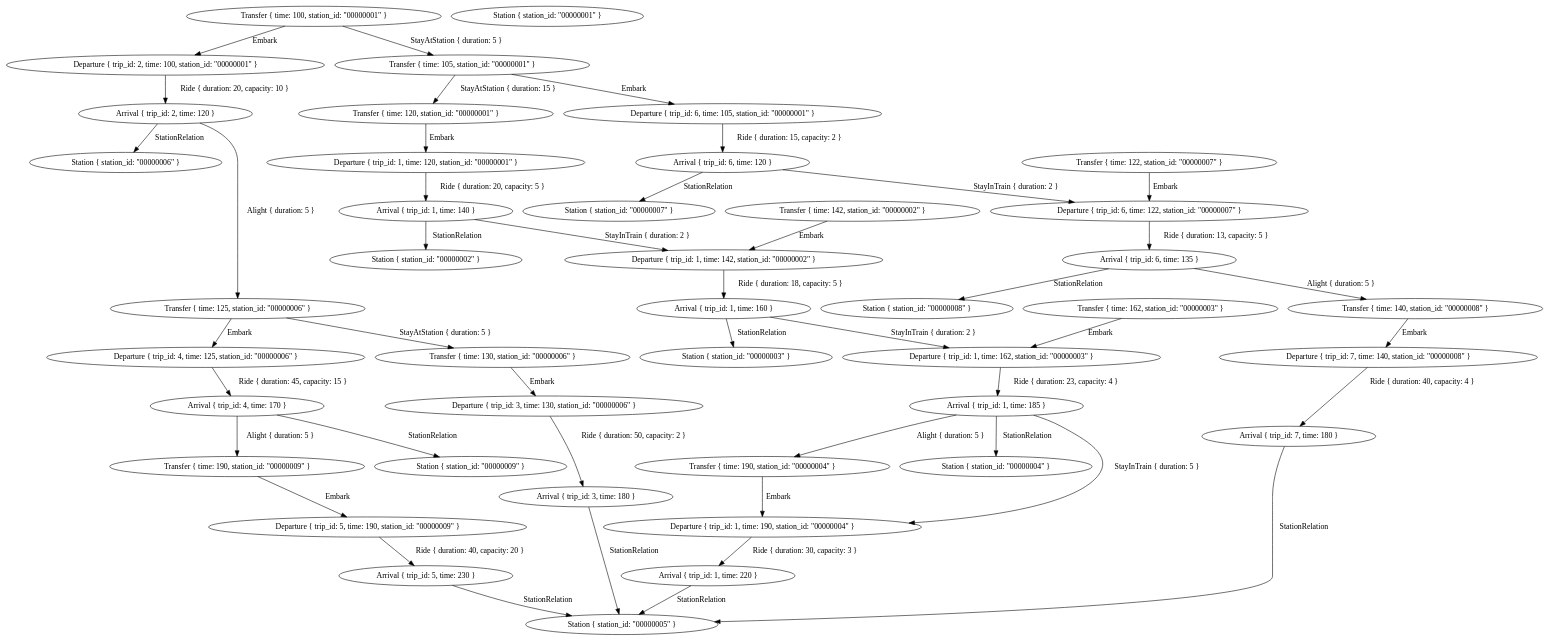
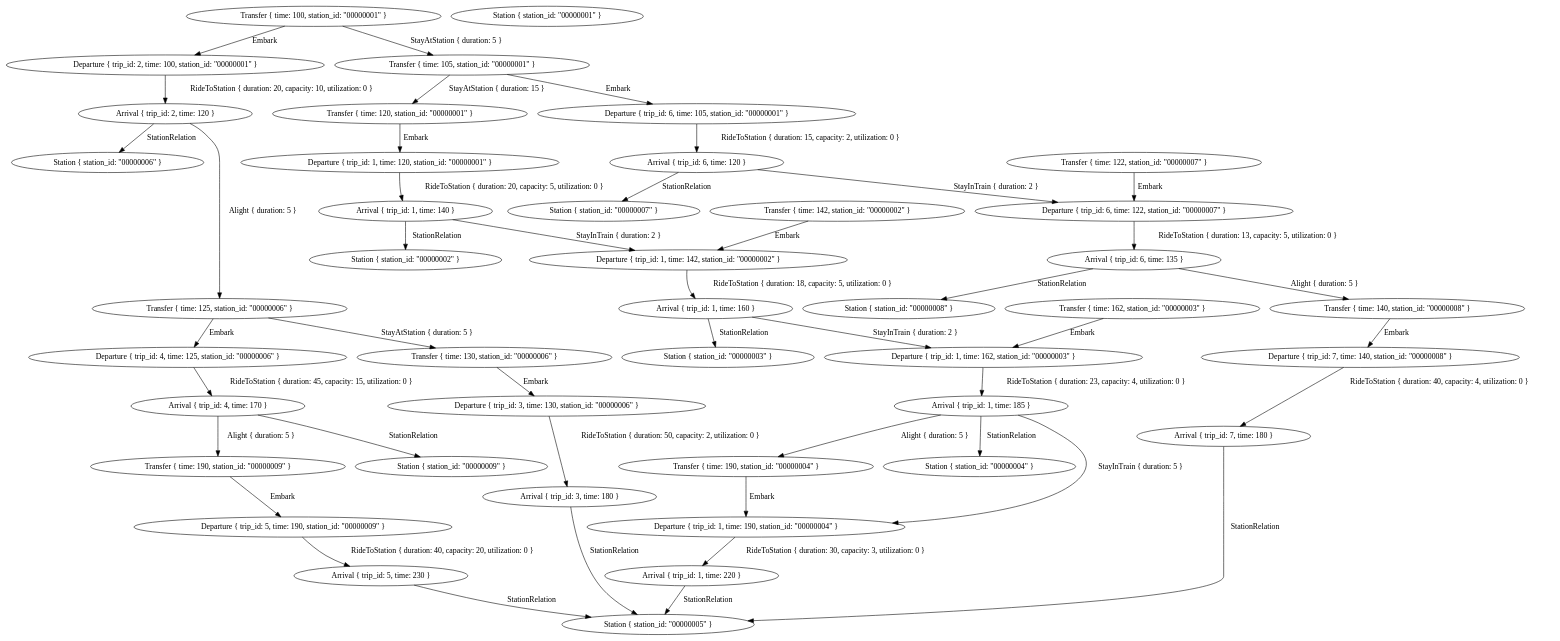
The diagram in graphs/graph.dot (eliaswendt/mcfp-optimizer), drawn with Graphviz before and after one commit. The commit also changed 12 other files, not shown here.

```diff
--- a/graphs/graph.dot
+++ b/graphs/graph.dot
@@ -1,88 +1,88 @@
 digraph {
-    0 [ label = "Arrival { trip_id: 4, time: 170 }" ]
-    1 [ label = "Departure { trip_id: 4, time: 125, station_id: \"00000006\" }" ]
-    2 [ label = "Arrival { trip_id: 1, time: 185 }" ]
-    3 [ label = "Departure { trip_id: 1, time: 162, station_id: \"00000003\" }" ]
-    4 [ label = "Arrival { trip_id: 3, time: 180 }" ]
-    5 [ label = "Departure { trip_id: 3, time: 130, station_id: \"00000006\" }" ]
+    0 [ label = "Arrival { trip_id: 3, time: 180 }" ]
+    1 [ label = "Departure { trip_id: 3, time: 130, station_id: \"00000006\" }" ]
+    2 [ label = "Arrival { trip_id: 5, time: 230 }" ]
+    3 [ label = "Departure { trip_id: 5, time: 190, station_id: \"00000009\" }" ]
+    4 [ label = "Arrival { trip_id: 4, time: 170 }" ]
+    5 [ label = "Departure { trip_id: 4, time: 125, station_id: \"00000006\" }" ]
     6 [ label = "Arrival { trip_id: 6, time: 135 }" ]
     7 [ label = "Departure { trip_id: 6, time: 122, station_id: \"00000007\" }" ]
-    8 [ label = "Arrival { trip_id: 1, time: 160 }" ]
-    9 [ label = "Departure { trip_id: 1, time: 142, station_id: \"00000002\" }" ]
-    10 [ label = "Arrival { trip_id: 1, time: 220 }" ]
-    11 [ label = "Departure { trip_id: 1, time: 190, station_id: \"00000004\" }" ]
-    12 [ label = "Arrival { trip_id: 7, time: 180 }" ]
-    13 [ label = "Departure { trip_id: 7, time: 140, station_id: \"00000008\" }" ]
-    14 [ label = "Arrival { trip_id: 5, time: 230 }" ]
-    15 [ label = "Departure { trip_id: 5, time: 190, station_id: \"00000009\" }" ]
+    8 [ label = "Arrival { trip_id: 7, time: 180 }" ]
+    9 [ label = "Departure { trip_id: 7, time: 140, station_id: \"00000008\" }" ]
+    10 [ label = "Arrival { trip_id: 6, time: 120 }" ]
+    11 [ label = "Departure { trip_id: 6, time: 105, station_id: \"00000001\" }" ]
+    12 [ label = "Arrival { trip_id: 1, time: 160 }" ]
+    13 [ label = "Departure { trip_id: 1, time: 142, station_id: \"00000002\" }" ]
+    14 [ label = "Arrival { trip_id: 1, time: 220 }" ]
+    15 [ label = "Departure { trip_id: 1, time: 190, station_id: \"00000004\" }" ]
     16 [ label = "Arrival { trip_id: 1, time: 140 }" ]
     17 [ label = "Departure { trip_id: 1, time: 120, station_id: \"00000001\" }" ]
     18 [ label = "Arrival { trip_id: 2, time: 120 }" ]
     19 [ label = "Departure { trip_id: 2, time: 100, station_id: \"00000001\" }" ]
-    20 [ label = "Arrival { trip_id: 6, time: 120 }" ]
-    21 [ label = "Departure { trip_id: 6, time: 105, station_id: \"00000001\" }" ]
-    22 [ label = "Station { station_id: \"00000007\" }" ]
-    23 [ label = "Transfer { time: 122, station_id: \"00000007\" }" ]
-    24 [ label = "Station { station_id: \"00000006\" }" ]
-    25 [ label = "Transfer { time: 125, station_id: \"00000006\" }" ]
-    26 [ label = "Transfer { time: 130, station_id: \"00000006\" }" ]
-    27 [ label = "Station { station_id: \"00000005\" }" ]
+    20 [ label = "Arrival { trip_id: 1, time: 185 }" ]
+    21 [ label = "Departure { trip_id: 1, time: 162, station_id: \"00000003\" }" ]
+    22 [ label = "Station { station_id: \"00000006\" }" ]
+    23 [ label = "Transfer { time: 125, station_id: \"00000006\" }" ]
+    24 [ label = "Transfer { time: 130, station_id: \"00000006\" }" ]
+    25 [ label = "Station { station_id: \"00000005\" }" ]
+    26 [ label = "Station { station_id: \"00000002\" }" ]
+    27 [ label = "Transfer { time: 142, station_id: \"00000002\" }" ]
     28 [ label = "Station { station_id: \"00000004\" }" ]
     29 [ label = "Transfer { time: 190, station_id: \"00000004\" }" ]
-    30 [ label = "Station { station_id: \"00000008\" }" ]
-    31 [ label = "Transfer { time: 140, station_id: \"00000008\" }" ]
-    32 [ label = "Station { station_id: \"00000002\" }" ]
-    33 [ label = "Transfer { time: 142, station_id: \"00000002\" }" ]
+    30 [ label = "Station { station_id: \"00000009\" }" ]
+    31 [ label = "Transfer { time: 190, station_id: \"00000009\" }" ]
+    32 [ label = "Station { station_id: \"00000008\" }" ]
+    33 [ label = "Transfer { time: 140, station_id: \"00000008\" }" ]
     34 [ label = "Station { station_id: \"00000001\" }" ]
     35 [ label = "Transfer { time: 100, station_id: \"00000001\" }" ]
-    36 [ label = "Transfer { time: 120, station_id: \"00000001\" }" ]
-    37 [ label = "Transfer { time: 105, station_id: \"00000001\" }" ]
+    36 [ label = "Transfer { time: 105, station_id: \"00000001\" }" ]
+    37 [ label = "Transfer { time: 120, station_id: \"00000001\" }" ]
     38 [ label = "Station { station_id: \"00000003\" }" ]
     39 [ label = "Transfer { time: 162, station_id: \"00000003\" }" ]
-    40 [ label = "Station { station_id: \"00000009\" }" ]
-    41 [ label = "Transfer { time: 190, station_id: \"00000009\" }" ]
-    1 -> 0 [ label = "Ride { duration: 45, capacity: 15 }" ]
-    3 -> 2 [ label = "Ride { duration: 23, capacity: 4 }" ]
-    5 -> 4 [ label = "Ride { duration: 50, capacity: 2 }" ]
-    7 -> 6 [ label = "Ride { duration: 13, capacity: 5 }" ]
-    9 -> 8 [ label = "Ride { duration: 18, capacity: 5 }" ]
-    11 -> 10 [ label = "Ride { duration: 30, capacity: 3 }" ]
-    13 -> 12 [ label = "Ride { duration: 40, capacity: 4 }" ]
-    15 -> 14 [ label = "Ride { duration: 40, capacity: 20 }" ]
-    17 -> 16 [ label = "Ride { duration: 20, capacity: 5 }" ]
-    19 -> 18 [ label = "Ride { duration: 20, capacity: 10 }" ]
-    21 -> 20 [ label = "Ride { duration: 15, capacity: 2 }" ]
-    23 -> 7 [ label = "Embark" ]
-    20 -> 7 [ label = "StayInTrain { duration: 2 }" ]
-    20 -> 22 [ label = "StationRelation" ]
-    25 -> 1 [ label = "Embark" ]
-    26 -> 5 [ label = "Embark" ]
-    25 -> 26 [ label = "StayAtStation { duration: 5 }" ]
-    18 -> 24 [ label = "StationRelation" ]
-    18 -> 25 [ label = "Alight { duration: 5 }" ]
-    12 -> 27 [ label = "StationRelation" ]
-    10 -> 27 [ label = "StationRelation" ]
-    4 -> 27 [ label = "StationRelation" ]
-    14 -> 27 [ label = "StationRelation" ]
-    29 -> 11 [ label = "Embark" ]
-    2 -> 11 [ label = "StayInTrain { duration: 5 }" ]
-    2 -> 28 [ label = "StationRelation" ]
-    2 -> 29 [ label = "Alight { duration: 5 }" ]
-    31 -> 13 [ label = "Embark" ]
-    6 -> 30 [ label = "StationRelation" ]
-    6 -> 31 [ label = "Alight { duration: 5 }" ]
+    40 [ label = "Station { station_id: \"00000007\" }" ]
+    41 [ label = "Transfer { time: 122, station_id: \"00000007\" }" ]
+    1 -> 0 [ label = "RideToStation { duration: 50, capacity: 2, utilization: 0 }" ]
+    3 -> 2 [ label = "RideToStation { duration: 40, capacity: 20, utilization: 0 }" ]
+    5 -> 4 [ label = "RideToStation { duration: 45, capacity: 15, utilization: 0 }" ]
+    7 -> 6 [ label = "RideToStation { duration: 13, capacity: 5, utilization: 0 }" ]
+    9 -> 8 [ label = "RideToStation { duration: 40, capacity: 4, utilization: 0 }" ]
+    11 -> 10 [ label = "RideToStation { duration: 15, capacity: 2, utilization: 0 }" ]
+    13 -> 12 [ label = "RideToStation { duration: 18, capacity: 5, utilization: 0 }" ]
+    15 -> 14 [ label = "RideToStation { duration: 30, capacity: 3, utilization: 0 }" ]
+    17 -> 16 [ label = "RideToStation { duration: 20, capacity: 5, utilization: 0 }" ]
+    19 -> 18 [ label = "RideToStation { duration: 20, capacity: 10, utilization: 0 }" ]
+    21 -> 20 [ label = "RideToStation { duration: 23, capacity: 4, utilization: 0 }" ]
+    23 -> 5 [ label = "Embark" ]
+    24 -> 1 [ label = "Embark" ]
+    23 -> 24 [ label = "StayAtStation { duration: 5 }" ]
+    18 -> 22 [ label = "StationRelation" ]
+    18 -> 23 [ label = "Alight { duration: 5 }" ]
+    8 -> 25 [ label = "StationRelation" ]
+    0 -> 25 [ label = "StationRelation" ]
+    2 -> 25 [ label = "StationRelation" ]
+    14 -> 25 [ label = "StationRelation" ]
+    27 -> 13 [ label = "Embark" ]
+    16 -> 13 [ label = "StayInTrain { duration: 2 }" ]
+    16 -> 26 [ label = "StationRelation" ]
+    29 -> 15 [ label = "Embark" ]
+    20 -> 15 [ label = "StayInTrain { duration: 5 }" ]
+    20 -> 28 [ label = "StationRelation" ]
+    20 -> 29 [ label = "Alight { duration: 5 }" ]
+    31 -> 3 [ label = "Embark" ]
+    4 -> 30 [ label = "StationRelation" ]
+    4 -> 31 [ label = "Alight { duration: 5 }" ]
     33 -> 9 [ label = "Embark" ]
-    16 -> 9 [ label = "StayInTrain { duration: 2 }" ]
-    16 -> 32 [ label = "StationRelation" ]
+    6 -> 32 [ label = "StationRelation" ]
+    6 -> 33 [ label = "Alight { duration: 5 }" ]
     35 -> 19 [ label = "Embark" ]
-    36 -> 17 [ label = "Embark" ]
-    37 -> 21 [ label = "Embark" ]
-    35 -> 37 [ label = "StayAtStation { duration: 5 }" ]
-    37 -> 36 [ label = "StayAtStation { duration: 15 }" ]
-    39 -> 3 [ label = "Embark" ]
-    8 -> 3 [ label = "StayInTrain { duration: 2 }" ]
-    8 -> 38 [ label = "StationRelation" ]
-    41 -> 15 [ label = "Embark" ]
-    0 -> 40 [ label = "StationRelation" ]
-    0 -> 41 [ label = "Alight { duration: 5 }" ]
+    36 -> 11 [ label = "Embark" ]
+    37 -> 17 [ label = "Embark" ]
+    35 -> 36 [ label = "StayAtStation { duration: 5 }" ]
+    36 -> 37 [ label = "StayAtStation { duration: 15 }" ]
+    39 -> 21 [ label = "Embark" ]
+    12 -> 21 [ label = "StayInTrain { duration: 2 }" ]
+    12 -> 38 [ label = "StationRelation" ]
+    41 -> 7 [ label = "Embark" ]
+    10 -> 7 [ label = "StayInTrain { duration: 2 }" ]
+    10 -> 40 [ label = "StationRelation" ]
 }
```
